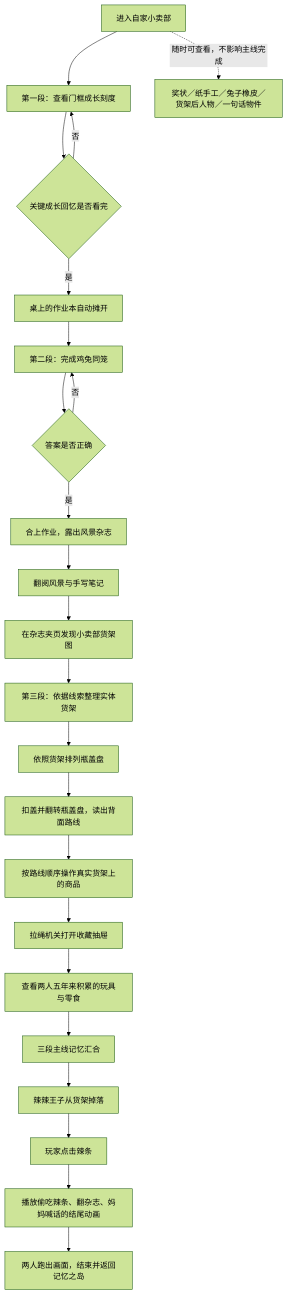
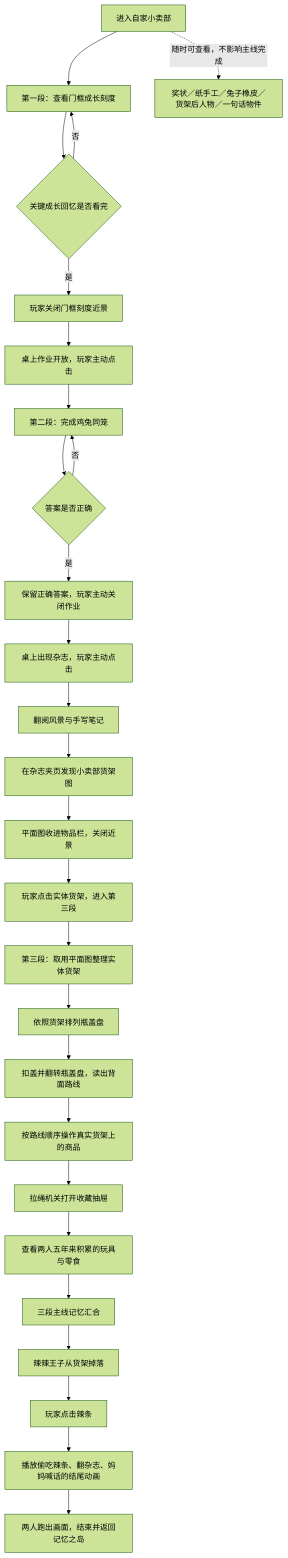
Before and after one commit to SelenaLYU/Seek-game-demo: the diagram in CHAPTER_TWO_MEMORY_ROOM_DESIGN.md, drawn with Mermaid (forest theme). The commit also changed other lines of this file and 4 other files, not shown here.

````diff
--- a/CHAPTER_TWO_MEMORY_ROOM_DESIGN.md
+++ b/CHAPTER_TWO_MEMORY_ROOM_DESIGN.md
@@ -18,25 +31,29 @@
 ```mermaid
 flowchart TD
     A[进入自家小卖部] --> B[第一段：查看门框成长刻度]
     B --> C{关键成长回忆是否看完}
     C -->|否| B
-    C -->|是| D[桌上的作业本自动摊开]
+    C -->|是| BC[玩家关闭门框刻度近景]
+    BC --> D[桌上作业开放，玩家主动点击]
     D --> E[第二段：完成鸡兔同笼]
     E --> F{答案是否正确}
     F -->|否| E
-    F -->|是| G[合上作业，露出风景杂志]
+    F -->|是| FG[保留正确答案，玩家主动关闭作业]
+    FG --> G[桌上出现杂志，玩家主动点击]
     G --> H[翻阅风景与手写笔记]
     H --> I[在杂志夹页发现小卖部货架图]
-    I --> J[第三段：依据线索整理实体货架]
+    I --> IJ[平面图收进物品栏，关闭近景]
+    IJ --> JJ[玩家点击实体货架，进入第三段]
+    JJ --> J[第三段：取用平面图整理实体货架]
     J --> K[依照货架排列瓶盖盘]
     K --> L[扣盖并翻转瓶盖盘，读出背面路线]
     L --> M[按路线顺序操作真实货架上的商品]
     M --> N[拉绳机关打开收藏抽屉]
     N --> O[查看两人五年来积累的玩具与零食]
     O --> P[三段主线记忆汇合]
     P --> Q[辣辣王子从货架掉落]
     Q --> R[玩家点击辣条]
     R --> S[播放偷吃辣条、翻杂志、妈妈喊话的结尾动画]
     S --> T[两人跑出画面，结束并返回记忆之岛]
     A -. 随时可查看，不影响主线完成 .-> X[奖状／纸手工／兔子橡皮／货架后人物／一句话物件]
 ```
````
